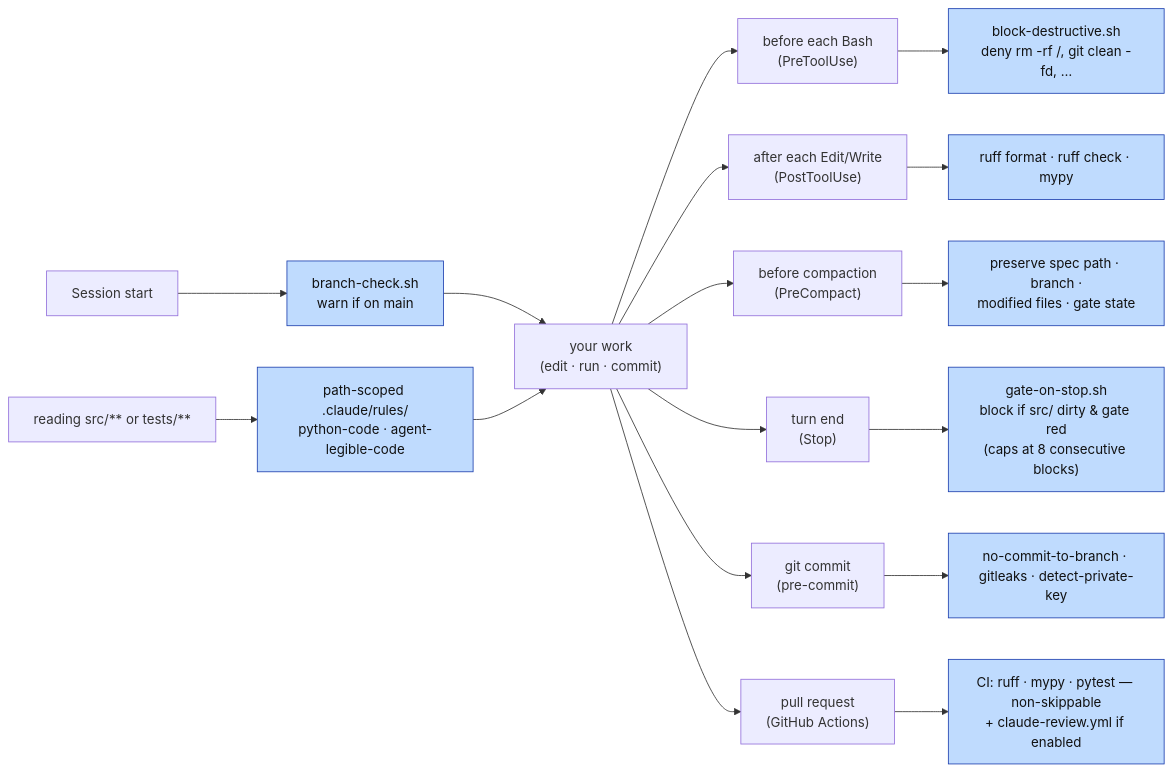
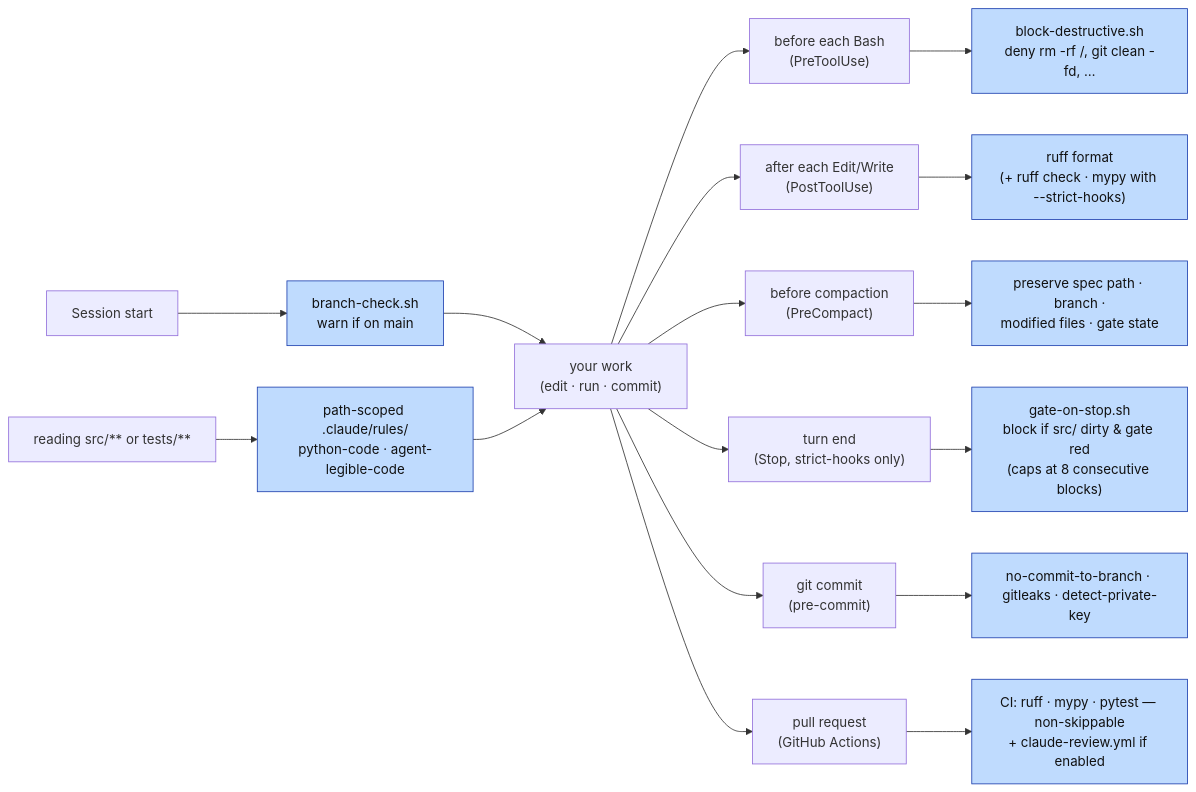
The third of 5 diagrams in python/docs/workflow-diagram.md (bbirkinbine/agentic-scaffold), drawn with Mermaid before and after one commit. The commit also changed other lines of this file and 11 other files, not shown here.

````diff
--- a/python/docs/workflow-diagram.md
+++ b/python/docs/workflow-diagram.md
@@ -137,15 +137,15 @@
 ```mermaid
 flowchart LR
     W["your work<br/>(edit · run · commit)"]
     SS["Session start"] --> SSb["branch-check.sh<br/>warn if on main"] --> W
     RL["reading src/** or tests/**"] --> RLb["path-scoped .claude/rules/<br/>python-code · agent-legible-code"] --> W
     W --> PRE["before each Bash<br/>(PreToolUse)"] --> PREb["block-destructive.sh<br/>deny rm -rf /, git clean -fd, …"]
-    W --> POST["after each Edit/Write<br/>(PostToolUse)"] --> POSTb["ruff format · ruff check · mypy"]
+    W --> POST["after each Edit/Write<br/>(PostToolUse)"] --> POSTb["ruff format<br/>(+ ruff check · mypy with --strict-hooks)"]
     W --> CMP["before compaction<br/>(PreCompact)"] --> CMPb["preserve spec path · branch ·<br/>modified files · gate state"]
-    W --> STOP["turn end<br/>(Stop)"] --> STOPb["gate-on-stop.sh<br/>block if src/ dirty & gate red<br/>(caps at 8 consecutive blocks)"]
+    W --> STOP["turn end<br/>(Stop, strict-hooks only)"] --> STOPb["gate-on-stop.sh<br/>block if src/ dirty & gate red<br/>(caps at 8 consecutive blocks)"]
     W --> PC["git commit<br/>(pre-commit)"] --> PCb["no-commit-to-branch · gitleaks · detect-private-key"]
     W --> CIp["pull request<br/>(GitHub Actions)"] --> CIb["CI: ruff · mypy · pytest — non-skippable<br/>+ claude-review.yml if enabled"]
 
     classDef auto fill:#bfdbfe,stroke:#1e40af,color:#111;
     class SSb,RLb,PREb,POSTb,CMPb,STOPb,PCb,CIb auto;
 ```
````
